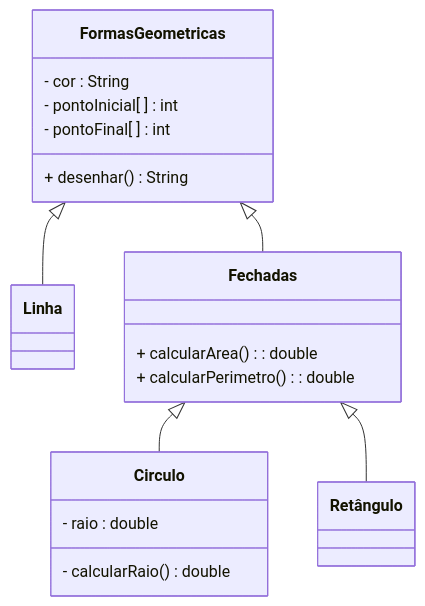
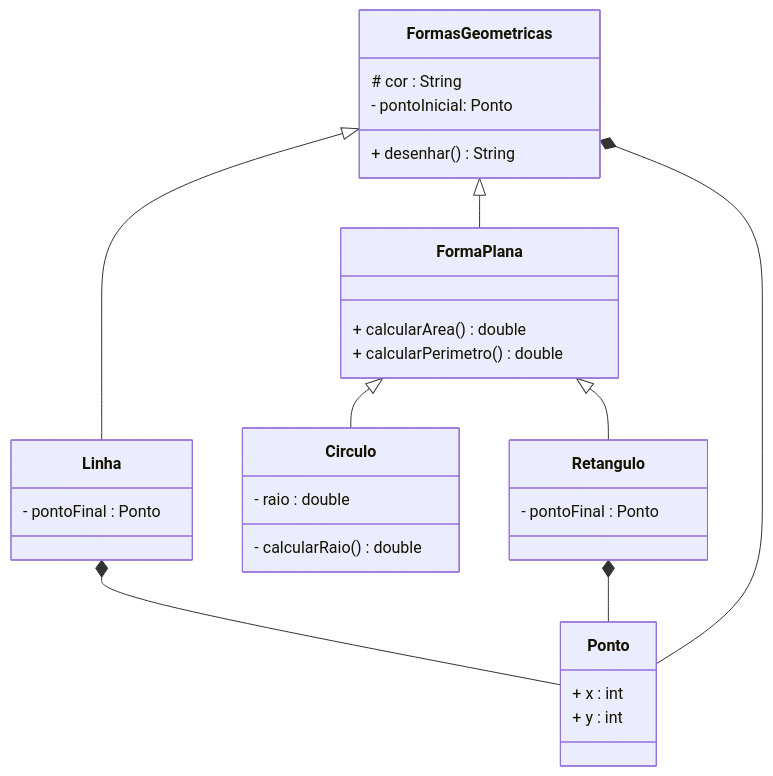
One commit to Gabriel-RochaF/POO changed the first of 2 diagrams in aulas/2026-10-21-aula-18/README.md. Above: the diagram before and after it, drawn with Mermaid. The commit also changed 23 other files, not shown here.

````diff
--- a/aulas/2026-10-21-aula-18/README.md
+++ b/aulas/2026-10-21-aula-18/README.md
@@ -1,24 +1,34 @@
 ```mermaid
 classDiagram
     class FormasGeometricas {
-        - cor : String
-        - pontoInicial[ ] : int
-        - pontoFinal[ ] : int
+        # cor : String
+        - pontoInicial: Ponto
         + desenhar() String
     }
-    class Linha 
-    class Fechadas {
-        + calcularArea() : double
-        + calcularPerimetro() : double
+    class Linha {
+        - pontoFinal : Ponto
+    }
+    class FormaPlana {
+        + calcularArea() double
+        + calcularPerimetro() double
     }
     class Circulo {
         - raio : double
         - calcularRaio() double
     }
-    class Retângulo
-    
+    class Retangulo {
+        
+        - pontoFinal : Ponto
+    }
+    class Ponto {
+        + x : int
+        + y : int
+    }
     FormasGeometricas <|-- Linha
-    FormasGeometricas <|-- Fechadas
-    Fechadas <|-- Circulo
-    Fechadas <|-- Retângulo
+    FormasGeometricas <|-- FormaPlana
+    FormaPlana <|-- Circulo
+    FormaPlana <|-- Retangulo
+    FormasGeometricas *-- Ponto
+    Linha *-- Ponto
+    Retangulo *-- Ponto
 ```
````
